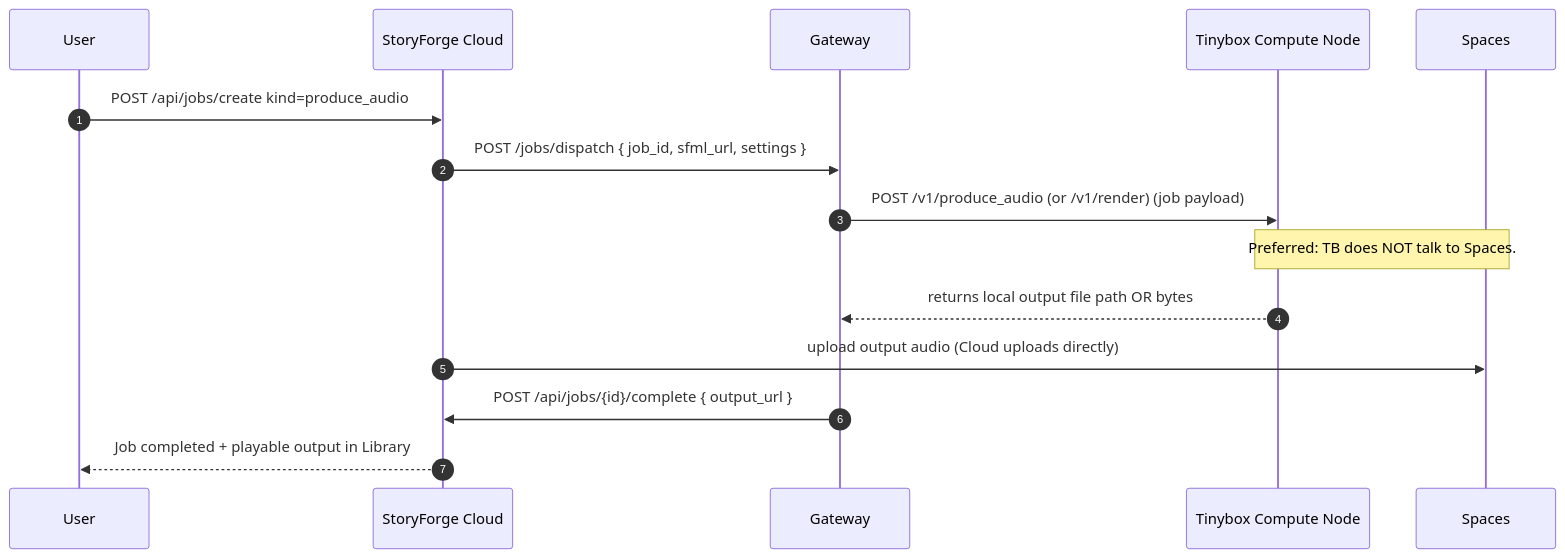
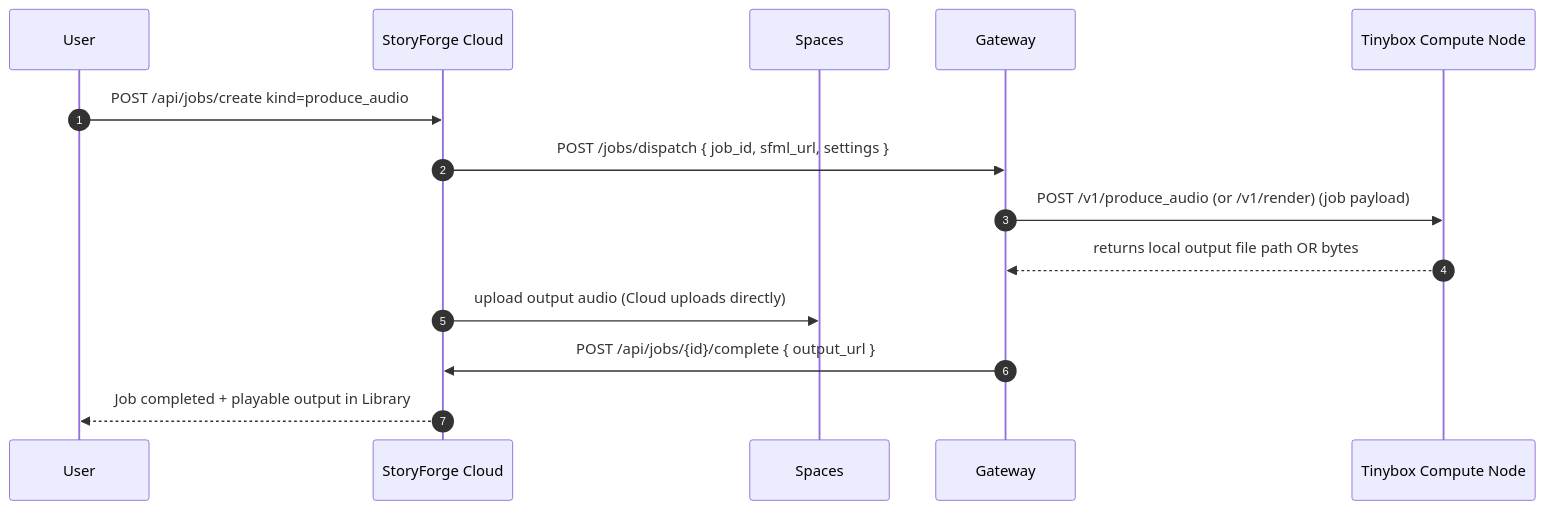
Before and after one commit to I0Q/storyforge: the second of 3 diagrams in docs/infra.md, drawn with Mermaid. The commit also changed other lines of this file, not shown here.

Commit message:
docs(infra): simplify mermaid diagrams; place Spaces next to Cloud

````diff
--- a/docs/infra.md
+++ b/docs/infra.md
@@ -80,18 +79,17 @@
 ```mermaid
 sequenceDiagram
   autonumber
   participant U as User
   participant SF as StoryForge Cloud
+  participant SP as Spaces
   participant GW as Gateway
   participant TB as Tinybox Compute Node
-  participant SP as Spaces
 
   U->>SF: POST /api/jobs/create kind=produce_audio
   SF->>GW: POST /jobs/dispatch { job_id, sfml_url, settings }
   GW->>TB: POST /v1/produce_audio (or /v1/render) (job payload)
-  Note over TB,SP: Preferred: TB does NOT talk to Spaces.
   TB-->>GW: returns local output file path OR bytes
   SF->>SP: upload output audio (Cloud uploads directly)
   GW->>SF: POST /api/jobs/{id}/complete { output_url }
   SF-->>U: Job completed + playable output in Library
 ```
````
